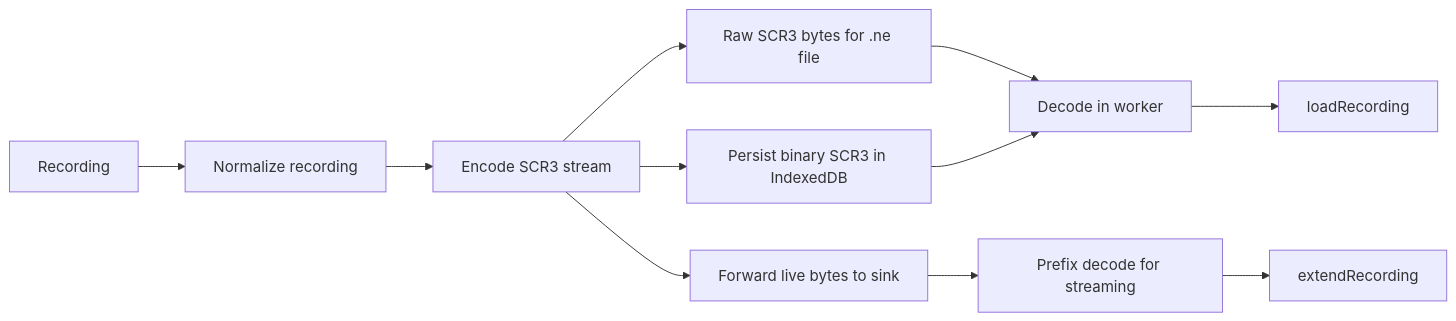
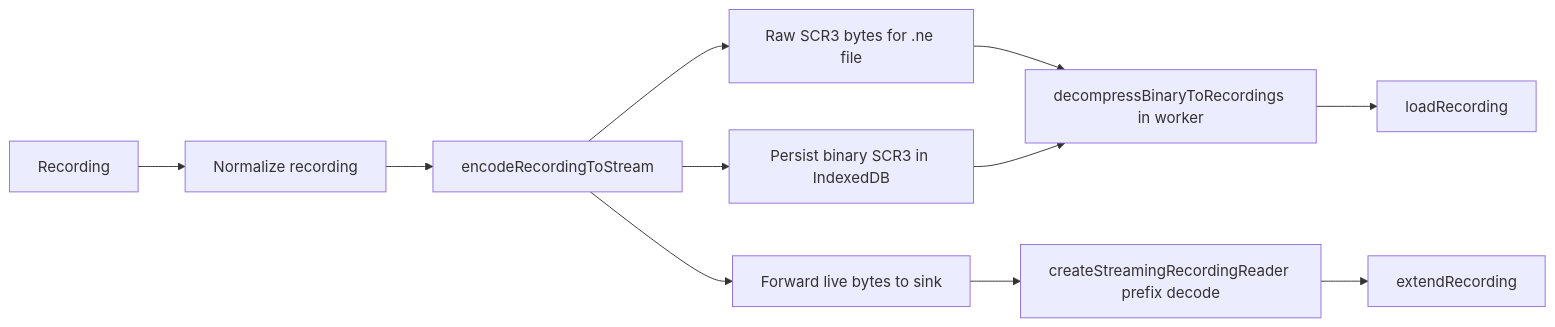
Before and after one commit to channyeintun/next-editor: the fourth of 6 diagrams in docs/data-flow.md, drawn with Mermaid. The commit also changed other lines of this file and 3 other files, not shown here.

````diff
--- a/docs/data-flow.md
+++ b/docs/data-flow.md
@@ -132,13 +132,13 @@
 ```mermaid
 flowchart LR
     Recording --> Normalize[Normalize recording]
-    Normalize --> Encode[Encode SCR3 stream]
+    Normalize --> Encode[encodeRecordingToStream]
     Encode --> NeFile[Raw SCR3 bytes for .ne file]
     Encode --> IndexedDB[Persist binary SCR3 in IndexedDB]
     Encode --> Live[Forward live bytes to sink]
-    NeFile --> Decode[Decode in worker]
+    NeFile --> Decode[decompressBinaryToRecordings in worker]
     IndexedDB --> Decode
-    Live --> PrefixDecode[Prefix decode for streaming]
+    Live --> PrefixDecode[createStreamingRecordingReader prefix decode]
     Decode --> Load[loadRecording]
     PrefixDecode --> Extend[extendRecording]
 ```
````
